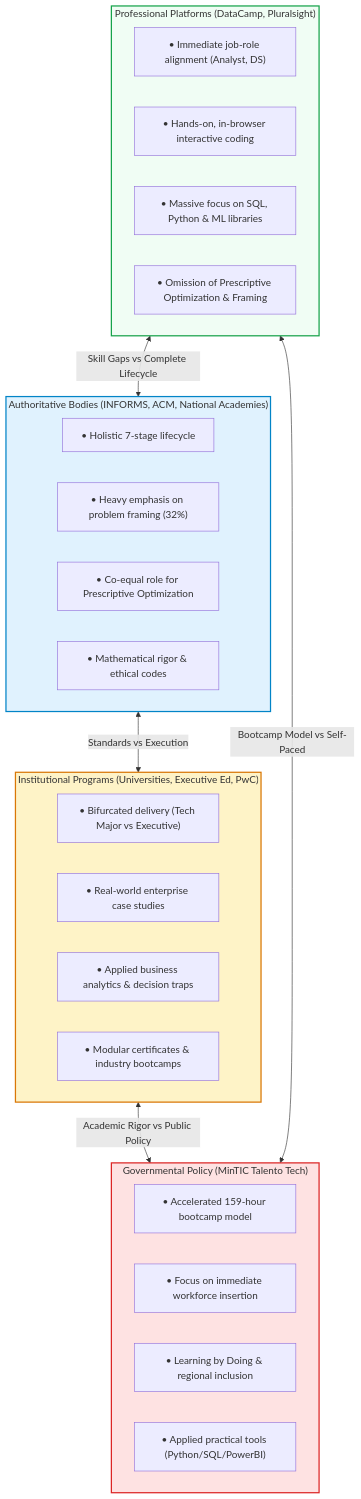
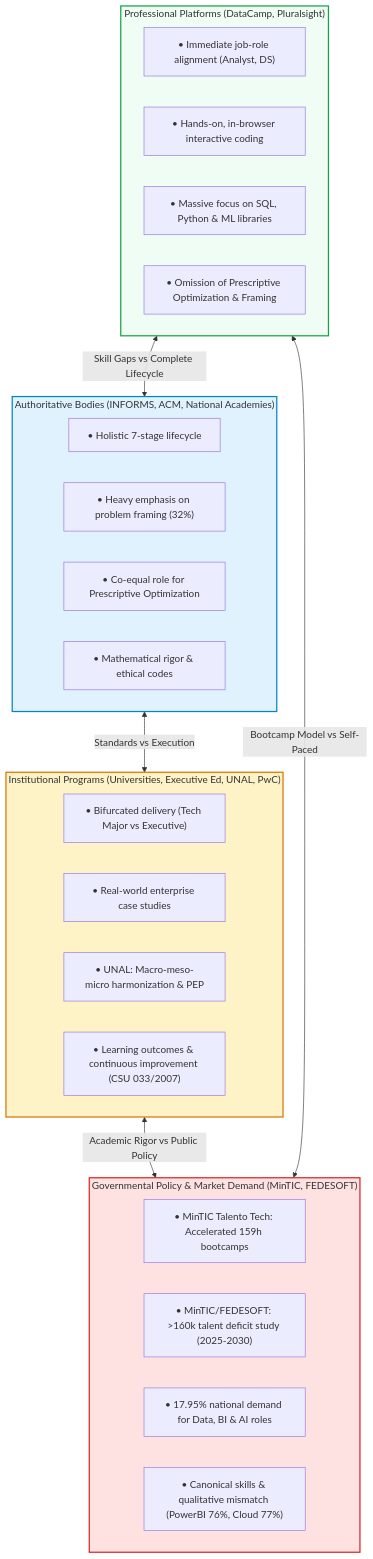
The fourth of 7 diagrams in design/synthesis/s03-synthesis-gemini.md (jdvelasq/classroom-vibecoding), drawn with Mermaid before and after one commit. The commit also changed other lines of this file and 3 other files, not shown here.

````diff
--- a/design/synthesis/s03-synthesis-gemini.md
+++ b/design/synthesis/s03-synthesis-gemini.md
@@ -393,40 +454,40 @@
 ```mermaid
 graph TD
     subgraph Authoritative ["Authoritative Bodies (INFORMS, ACM, National Academies)"]
         A1["• Holistic 7-stage lifecycle"]
         A2["• Heavy emphasis on problem framing (32%)"]
         A3["• Co-equal role for Prescriptive Optimization"]
         A4["• Mathematical rigor & ethical codes"]
     end
 
-    subgraph Institutional ["Institutional Programs (Universities, Executive Ed, PwC)"]
+    subgraph Institutional ["Institutional Programs (Universities, Executive Ed, UNAL, PwC)"]
         B1["• Bifurcated delivery (Tech Major vs Executive)"]
         B2["• Real-world enterprise case studies"]
-        B3["• Applied business analytics & decision traps"]
-        B4["• Modular certificates & industry bootcamps"]
+        B3["• UNAL: Macro-meso-micro harmonization & PEP"]
+        B4["• Learning outcomes & continuous improvement (CSU 033/2007)"]
     end
 
-    subgraph Governmental ["Governmental Policy (MinTIC Talento Tech)"]
-        G1["• Accelerated 159-hour bootcamp model"]
-        G2["• Focus on immediate workforce insertion"]
-        G3["• Learning by Doing & regional inclusion"]
-        G4["• Applied practical tools (Python/SQL/PowerBI)"]
+    subgraph Governmental ["Governmental Policy & Market Demand (MinTIC, FEDESOFT)"]
+        G1["• MinTIC Talento Tech: Accelerated 159h bootcamps"]
+        G2["• MinTIC/FEDESOFT: >160k talent deficit study (2025-2030)"]
+        G3["• 17.95% national demand for Data, BI & AI roles"]
+        G4["• Canonical skills & qualitative mismatch (PowerBI 76%, Cloud 77%)"]
     end
 
     subgraph Professional ["Professional Platforms (DataCamp, Pluralsight)"]
         C1["• Immediate job-role alignment (Analyst, DS)"]
         C2["• Hands-on, in-browser interactive coding"]
         C3["• Massive focus on SQL, Python & ML libraries"]
         C4["• Omission of Prescriptive Optimization & Framing"]
     end
 
     Authoritative <-->|Standards vs Execution| Institutional
     Institutional <-->|Academic Rigor vs Public Policy| Governmental
     Governmental <-->|Bootcamp Model vs Self-Paced| Professional
     Professional <-->|Skill Gaps vs Complete Lifecycle| Authoritative
 
     style Authoritative fill:#e0f2fe,stroke:#0284c7,stroke-width:2px
     style Institutional fill:#fef3c7,stroke:#d97706,stroke-width:2px
     style Governmental fill:#fee2e2,stroke:#dc2626,stroke-width:2px
     style Professional fill:#f0fdf4,stroke:#16a34a,stroke-width:2px
 ```
````
